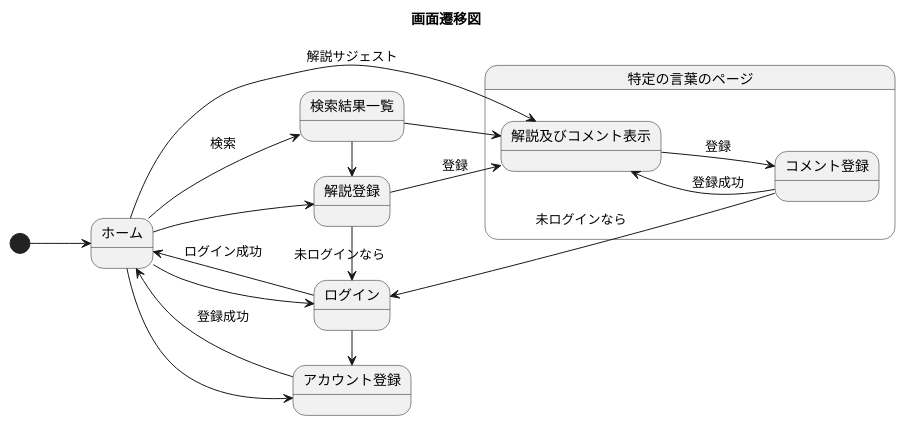
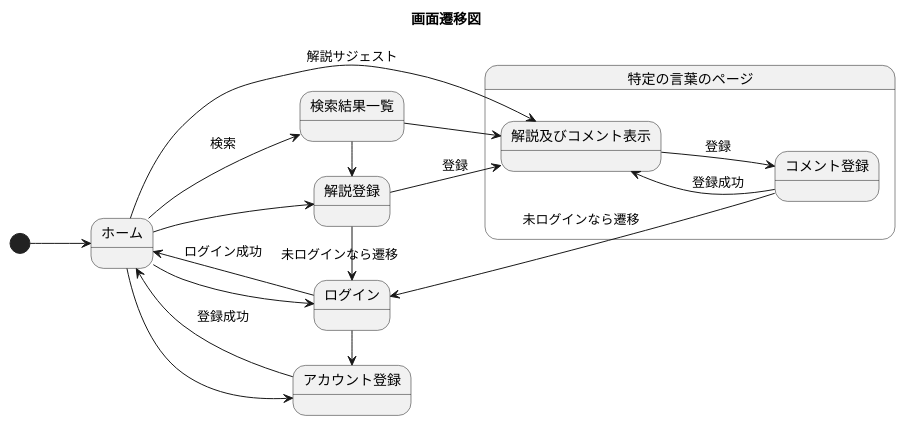
Before and after one commit to yu-suke0919/dxd_glossary_rails: the diagram in docs/plantuml/アプリ_画面遷移図.pu, drawn with PlantUML.

Commit message:
画面遷移図_追記

```diff
--- a/docs/plantuml/アプリ_画面遷移図.pu
+++ b/docs/plantuml/アプリ_画面遷移図.pu
@@ -1,42 +1,42 @@
 @startuml
 left to right direction
 title 画面遷移図
 
 state ホーム
 state ログイン
 state アカウント登録
 state 検索結果一覧
 state 解説登録
 state 特定の言葉のページ{
   state "解説及びコメント表示" as 解説表示
   state コメント登録
   
   解説表示 -[hidden]-> コメント登録
 }
 
 [*] --> ホーム
 
 ホーム --> 解説表示 :解説サジェスト
 ホーム --> 検索結果一覧 :検索
 ホーム --> 解説登録
 ホーム --> アカウント登録
 ホーム --> ログイン
 
 ホーム <-- ログイン :ログイン成功
 ホーム <-- アカウント登録 : 登録成功
 
-解説登録 -> ログイン :未ログインなら
+解説登録 -> ログイン :未ログインなら遷移
 ログイン -> アカウント登録
 
 
 検索結果一覧 -> 解説登録
 検索結果一覧 --> 解説表示
 解説登録 --> 解説表示 : 登録
 
 解説表示 --> コメント登録 : 登録
 解説表示 <-- コメント登録 : 登録成功
 
-ログイン <-up-- コメント登録 : 未ログインなら
+ログイン <-up-- コメント登録 : 未ログインなら遷移
 
 
 @enduml
```
